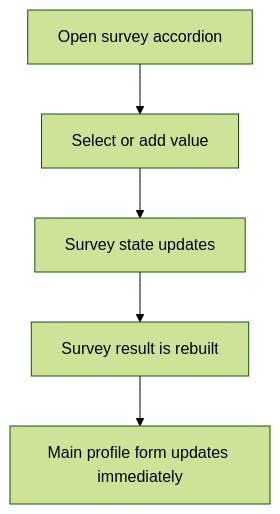
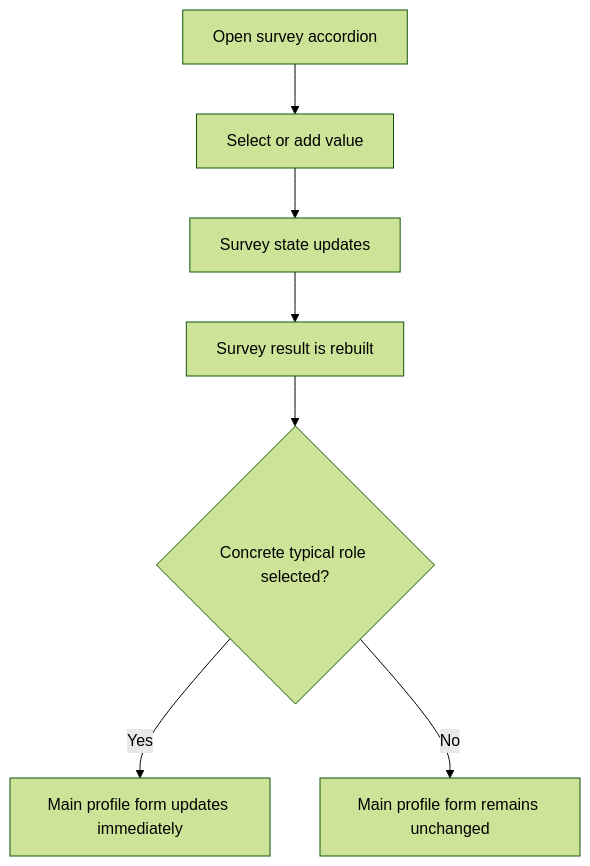
One commit to Anton-Sukhankin/HR-Profiling-Block changed the second of 7 diagrams in docs/components/profile-survey/user-flows.md. Above: the diagram before and after it, drawn with Mermaid (forest theme). The commit also changed other lines of this file and 12 other files, not shown here.

````diff
--- a/docs/components/profile-survey/user-flows.md
+++ b/docs/components/profile-survey/user-flows.md
@@ -15,7 +15,9 @@
 ```mermaid
 flowchart TD
   A["Open survey accordion"] --> B["Select or add value"]
   B --> C["Survey state updates"]
   C --> D["Survey result is rebuilt"]
-  D --> E["Main profile form updates immediately"]
+  D --> E{"Concrete typical role selected?"}
+  E -->|Yes| F["Main profile form updates immediately"]
+  E -->|No| G["Main profile form remains unchanged"]
 ```
````
